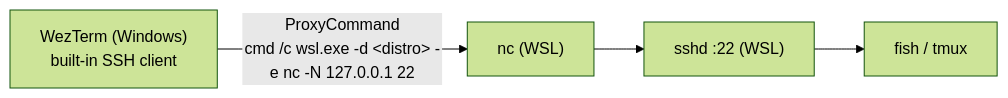
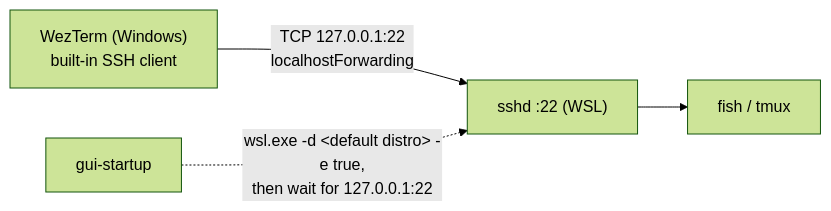
Before and after one commit to kisepichu/dotfiles: the diagram in docs/superpowers/specs/2026-11-22-wsl-terminal-ssh-design.md, drawn with Mermaid (forest theme). The commit also changed other lines of this file and 7 other files, not shown here.

Commit message:
fix(wezterm): reach WSL's sshd over 127.0.0.1:22 instead of a wsl.exe ProxyCommand, which WezTerm stalls on Windows by handing it one non-overlapped socket as stdin and stdout; start WSL at GUI startup and keep it running with instanceIdleTimeout=-1

````diff
--- a/docs/superpowers/specs/2026-11-22-wsl-terminal-ssh-design.md
+++ b/docs/superpowers/specs/2026-11-22-wsl-terminal-ssh-design.md
@@ -60,6 +81,6 @@
 ```mermaid
 flowchart LR
-  W["WezTerm (Windows)<br/>built-in SSH client"] -->|"ProxyCommand<br/>cmd /c wsl.exe -d &lt;distro&gt; -e nc -N 127.0.0.1 22"| N["nc (WSL)"]
-  N --> S["sshd :22 (WSL)"]
+  W["WezTerm (Windows)<br/>built-in SSH client"] -->|"TCP 127.0.0.1:22<br/>localhostForwarding"| S["sshd :22 (WSL)"]
   S --> F["fish / tmux"]
+  G["gui-startup"] -.->|"wsl.exe -d &lt;default distro&gt; -e true,<br/>then wait for 127.0.0.1:22"| S
 ```
````
